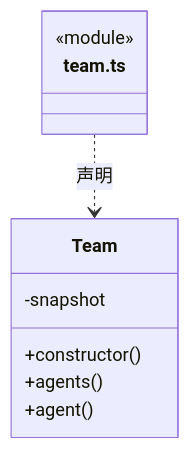
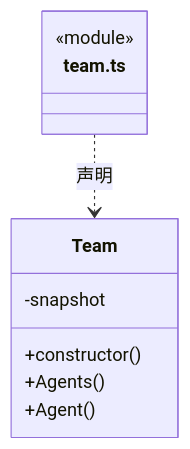
One commit to nan023062/cbim changed the third of 6 diagrams in src/logic/knowledge/rules/read-models/ARCHITECTURE.md. Above: the diagram before and after it, drawn with Mermaid. The commit also changed other lines of this file and 1035 other files, not shown here.

````diff
--- a/src/logic/knowledge/rules/read-models/ARCHITECTURE.md
+++ b/src/logic/knowledge/rules/read-models/ARCHITECTURE.md
@@ -49,13 +49,13 @@
 ```mermaid
 classDiagram
 class N_src_logic_knowledge_rules_read_models_team_ts["team.ts"] {
   <<module>>
 }
 class N_src_logic_knowledge_rules_read_models_team_ts_Team["Team"] {
   +constructor()
-  +agents()
-  +agent()
+  +Agents()
+  +Agent()
   -snapshot
 }
 N_src_logic_knowledge_rules_read_models_team_ts ..> N_src_logic_knowledge_rules_read_models_team_ts_Team : 声明
 ```
````
